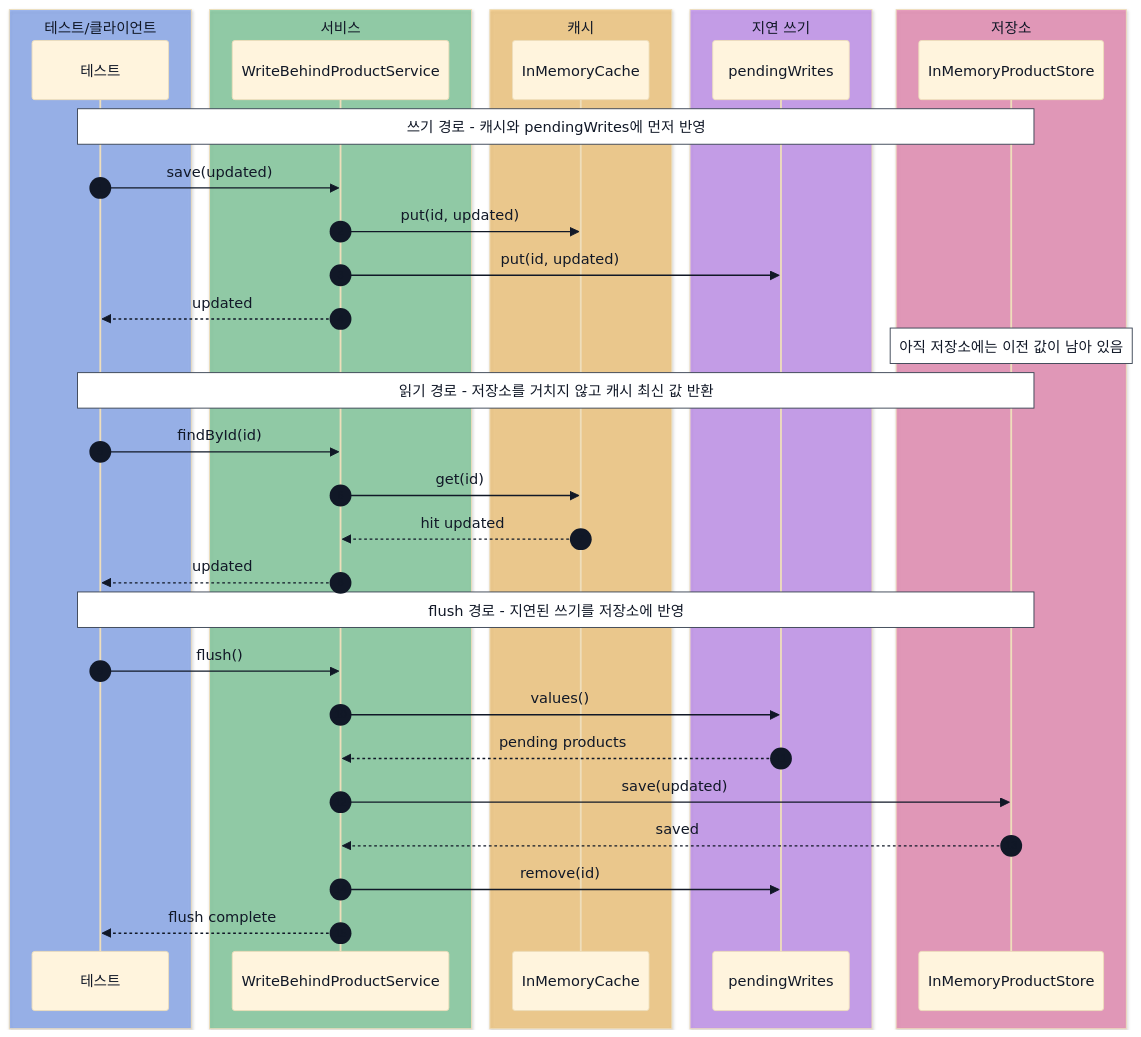
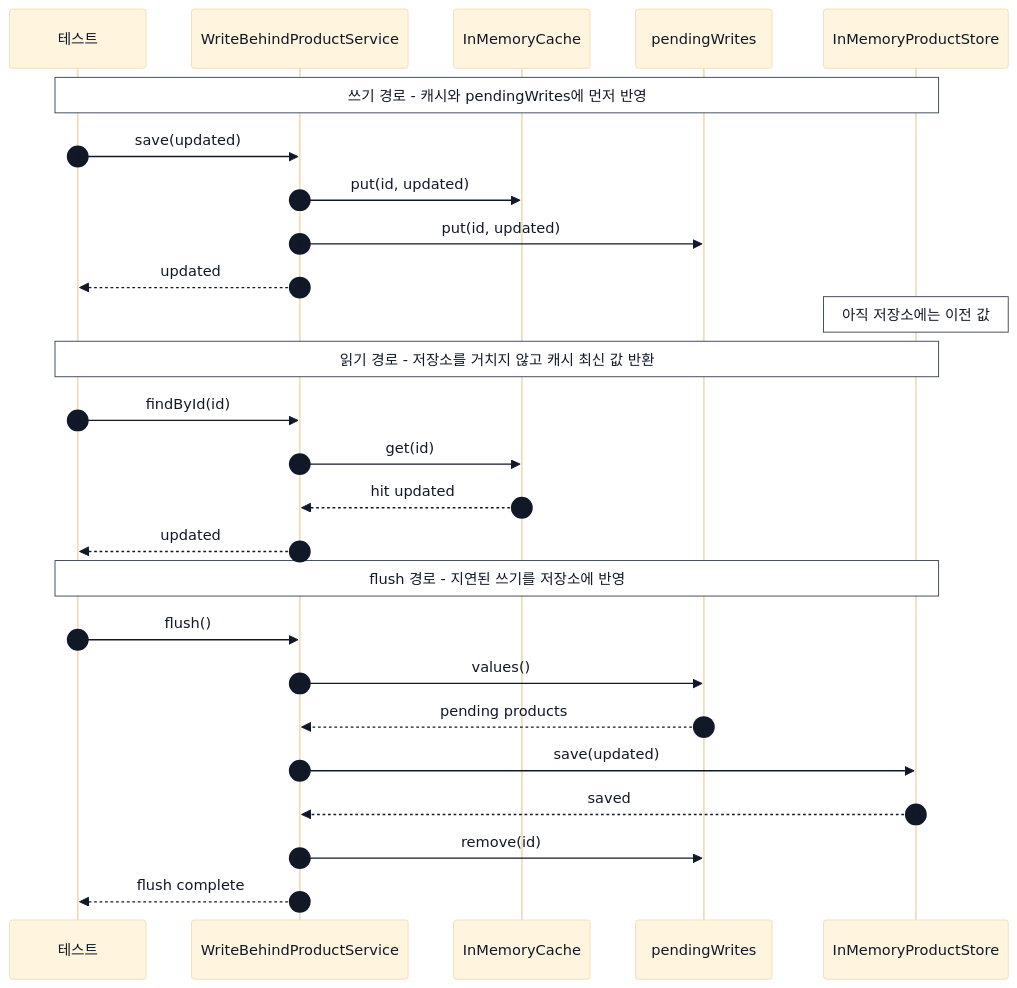
One commit to HJC96/deep-dive changed the sixth of 10 diagrams in labs/cache-patterns/README.md. Above: the diagram before and after it, drawn with Mermaid. The commit also changed other lines of this file and 15 other files, not shown here.

````diff
--- a/labs/cache-patterns/README.md
+++ b/labs/cache-patterns/README.md
@@ -479,42 +448,32 @@
 ```mermaid
 %%{init: {"theme": "base", "themeVariables": {"primaryTextColor": "#111827", "secondaryTextColor": "#111827", "tertiaryTextColor": "#111827", "actorTextColor": "#111827", "signalTextColor": "#111827", "labelTextColor": "#111827", "noteTextColor": "#111827", "noteBkgColor": "#ffffff", "noteBorderColor": "#374151", "sequenceNumberColor": "#111827"}}}%%
 sequenceDiagram
     autonumber
-    box rgba(37, 99, 235, 0.40) 테스트/클라이언트
     participant Test as 테스트
-    end
-    box rgba(22, 163, 74, 0.40) 서비스
     participant Service as WriteBehindProductService
-    end
-    box rgba(245, 158, 11, 0.40) 캐시
     participant Cache as InMemoryCache
-    end
-    box rgba(147, 51, 234, 0.40) 지연 쓰기
     participant Queue as pendingWrites
-    end
-    box rgba(219, 39, 119, 0.40) 저장소
     participant Store as InMemoryProductStore
-    end
 
     Note over Test,Store: 쓰기 경로 - 캐시와 pendingWrites에 먼저 반영
     Test->>Service: save(updated)
     Service->>Cache: put(id, updated)
     Service->>Queue: put(id, updated)
     Service-->>Test: updated
-    Note over Store: 아직 저장소에는 이전 값이 남아 있음
+    Note over Store: 아직 저장소에는 이전 값
 
     Note over Test,Store: 읽기 경로 - 저장소를 거치지 않고 캐시 최신 값 반환
     Test->>Service: findById(id)
     Service->>Cache: get(id)
     Cache-->>Service: hit updated
     Service-->>Test: updated
 
     Note over Test,Store: flush 경로 - 지연된 쓰기를 저장소에 반영
     Test->>Service: flush()
     Service->>Queue: values()
     Queue-->>Service: pending products
     Service->>Store: save(updated)
     Store-->>Service: saved
     Service->>Queue: remove(id)
     Service-->>Test: flush complete
 ```
````
